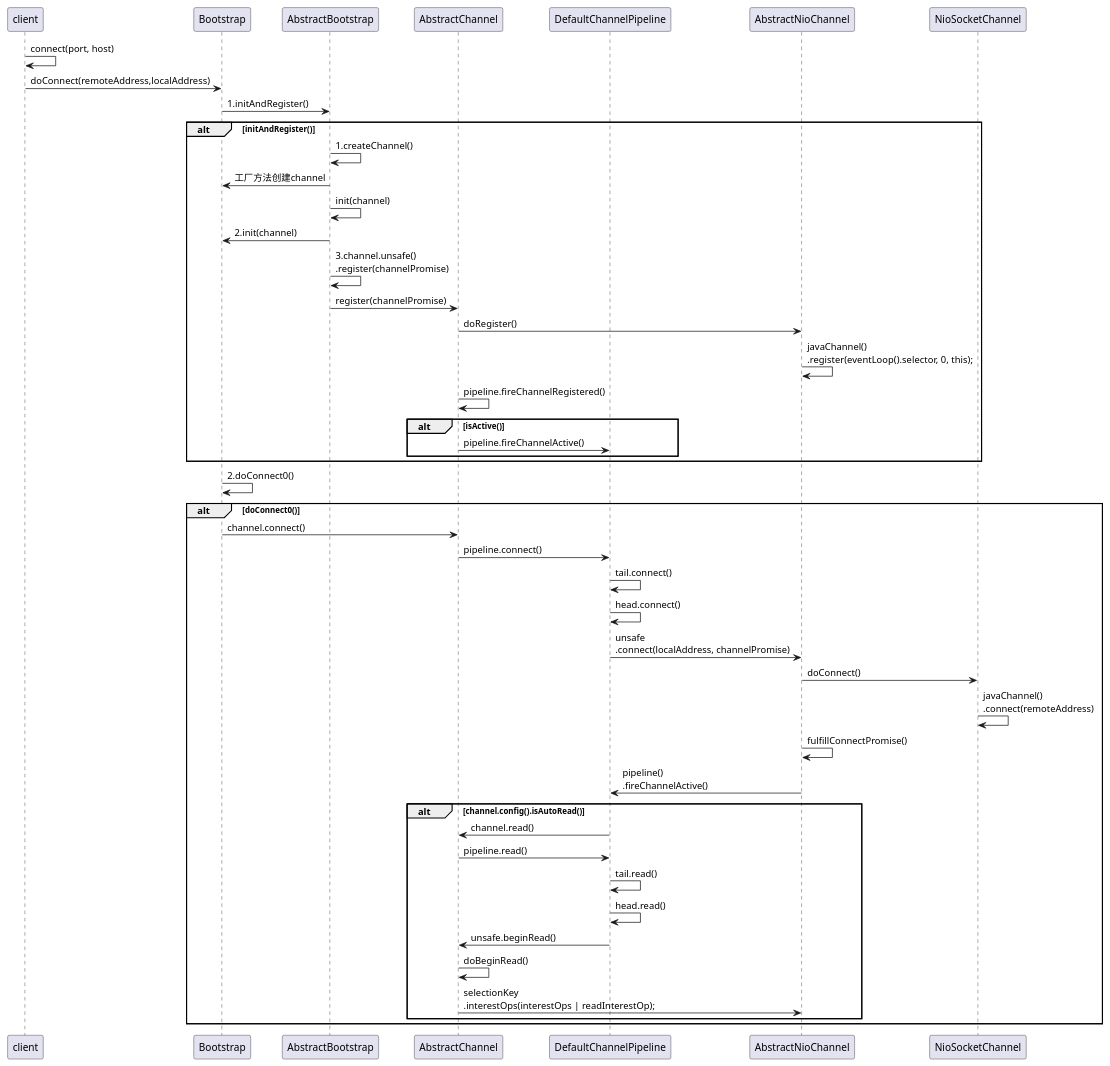
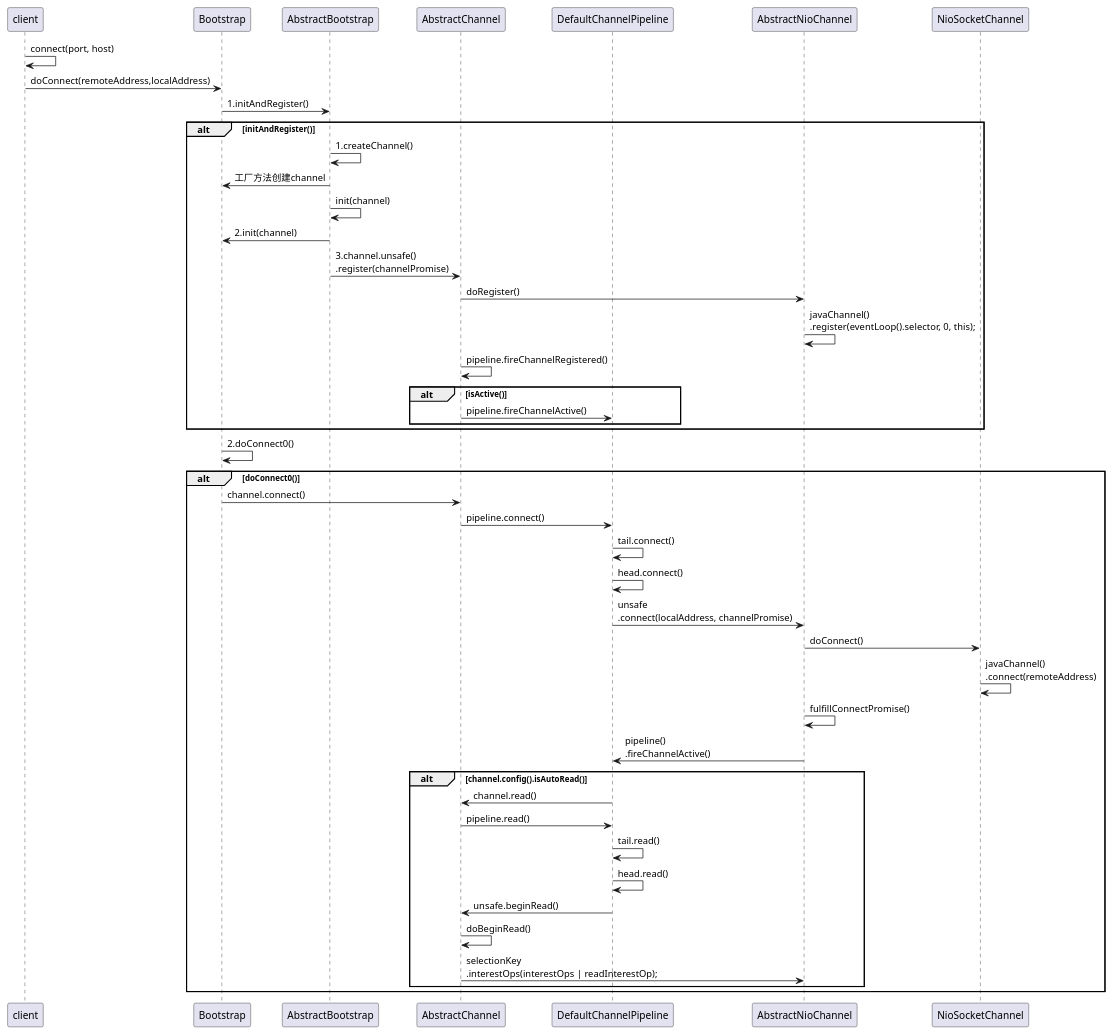
Before and after one commit to newbigTech/myDesignPattern: the diagram in uml/netty/netty_client.puml, drawn with PlantUML.

Commit message:
netty client connect uml

```diff
--- a/uml/netty/netty_client.puml
+++ b/uml/netty/netty_client.puml
@@ -1,58 +1,58 @@
 @startuml
 participant "client" as client
 participant "Bootstrap" as Bootstrap
 participant "AbstractBootstrap" as AbstractBootstrap
 participant "AbstractChannel" as AbstractChannel
 participant "DefaultChannelPipeline" as DefaultChannelPipeline
 participant "AbstractNioChannel" as AbstractNioChannel
 participant "NioSocketChannel" as NioSocketChannel
 client -> client: connect(port, host)
 client -> Bootstrap: doConnect(remoteAddress,localAddress)
 Bootstrap -> AbstractBootstrap: 1.initAndRegister()
 alt initAndRegister()
   AbstractBootstrap -> AbstractBootstrap: 1.createChannel()
   AbstractBootstrap -> Bootstrap: 工厂方法创建channel
   AbstractBootstrap -> AbstractBootstrap: init(channel)
   AbstractBootstrap -> Bootstrap: 2.init(channel)
-  AbstractBootstrap -> AbstractBootstrap: 3.channel.unsafe()\n.register(channelPromise)
-  AbstractBootstrap -> AbstractChannel:register(channelPromise)
+  AbstractBootstrap -> AbstractChannel: 3.channel.unsafe()\n.register(channelPromise)
+'  AbstractBootstrap -> AbstractChannel:register(channelPromise)
   AbstractChannel -> AbstractNioChannel:doRegister()
   AbstractNioChannel -> AbstractNioChannel:javaChannel()\n.register(eventLoop().selector, 0, this);
   AbstractChannel -> AbstractChannel:pipeline.fireChannelRegistered()
   alt isActive()
       AbstractChannel -> DefaultChannelPipeline:pipeline.fireChannelActive()
   end
 end
 'AbstractBootstrap -> AbstractBootstrap:doBind0()
 'AbstractBootstrap -> AbstractChannel:bind()
 'AbstractChannel-> DefaultChannelPipeline:bind()
 'DefaultChannelPipeline-> DefaultChannelPipeline:tail.bind()
 'DefaultChannelPipeline-> DefaultChannelPipeline:head.bind()
 'DefaultChannelPipeline-> DefaultChannelPipeline:unsafe\n.bind(localAddress, channelPromise)
 'AbstractChannel-> NioServerSocketChannel:doBind(localAddress)
 'NioSocketChannel-> NioSocketChannel:javaChannel().socket().bind()
 
 Bootstrap -> Bootstrap:2.doConnect0()
 alt doConnect0()
 Bootstrap -> AbstractChannel:channel.connect()
 AbstractChannel -> DefaultChannelPipeline:pipeline.connect()
 DefaultChannelPipeline -> DefaultChannelPipeline:tail.connect()
 DefaultChannelPipeline -> DefaultChannelPipeline:head.connect()
 DefaultChannelPipeline -> AbstractNioChannel:unsafe\n.connect(localAddress, channelPromise)
 'DefaultChannelPipeline -> AbstractNioChannel:connect()
 AbstractNioChannel -> NioSocketChannel:doConnect()
 NioSocketChannel -> NioSocketChannel:javaChannel()\n.connect(remoteAddress)
 AbstractNioChannel -> AbstractNioChannel:fulfillConnectPromise()
 AbstractNioChannel -> DefaultChannelPipeline:pipeline()\n.fireChannelActive()
   alt channel.config().isAutoRead()
       DefaultChannelPipeline -> AbstractChannel:channel.read()
       AbstractChannel -> DefaultChannelPipeline:pipeline.read()
       DefaultChannelPipeline -> DefaultChannelPipeline:tail.read()
       DefaultChannelPipeline -> DefaultChannelPipeline:head.read()
       DefaultChannelPipeline -> AbstractChannel:unsafe.beginRead()
       AbstractChannel -> AbstractChannel:doBeginRead()
       AbstractChannel -> AbstractNioChannel:selectionKey\n.interestOps(interestOps | readInterestOp);
   end
 end
 
 @enduml
```
